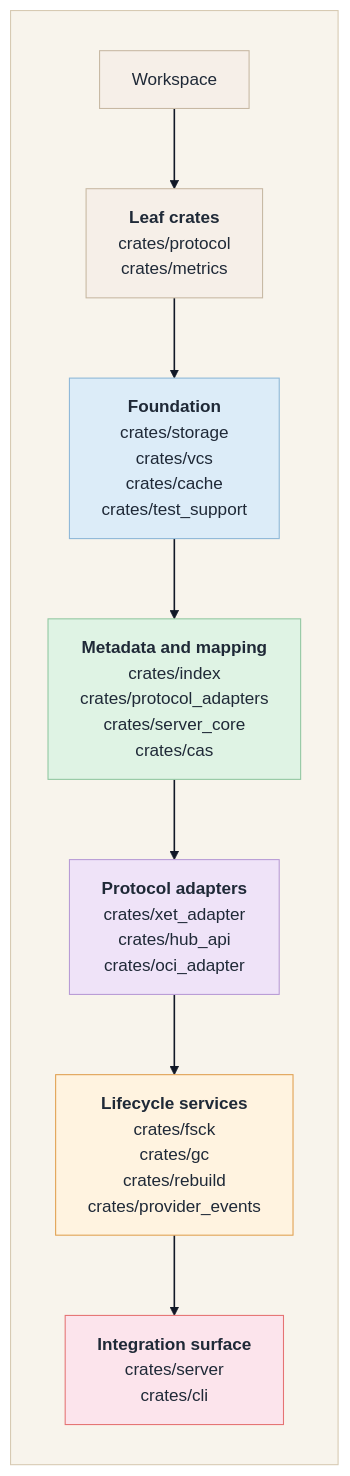
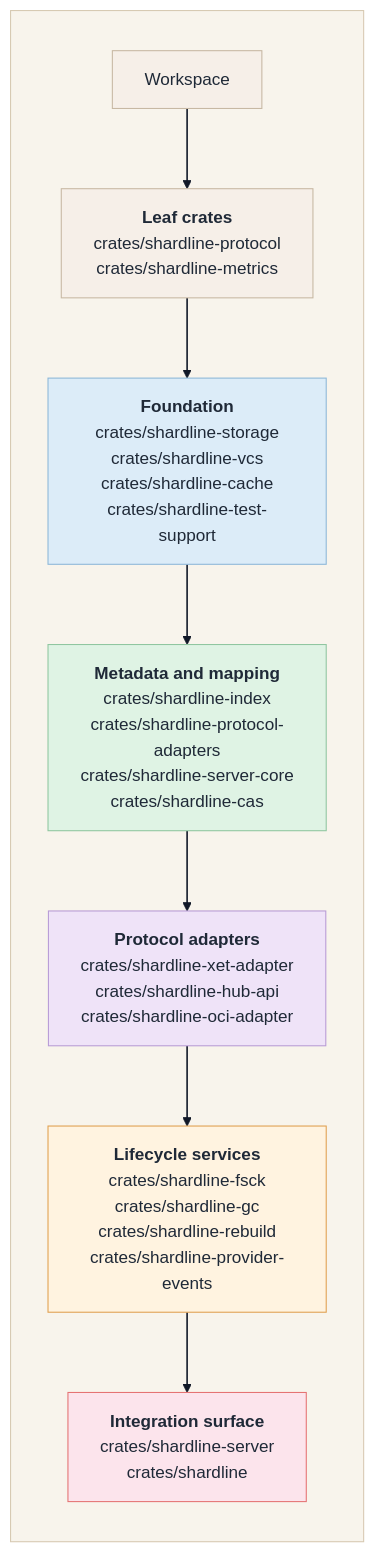
Before and after one commit to MigoXV/shardline: the fourth of 4 diagrams in docs/ARCHITECTURE.md, drawn with Mermaid. The commit also changed other lines of this file and 45 other files, not shown here.

````diff
--- a/docs/ARCHITECTURE.md
+++ b/docs/ARCHITECTURE.md
@@ -201,37 +210,37 @@
 ```mermaid
 flowchart TD
   subgraph Canvas[ ]
     direction TD
     Workspace[Workspace]
-    Leaf["<b>Leaf crates</b><br/>crates/protocol<br/>crates/metrics"]
-    Foundation["<b>Foundation</b><br/>crates/storage<br/>crates/vcs<br/>crates/cache<br/>crates/test_support"]
-    Middle["<b>Metadata and mapping</b><br/>crates/index<br/>crates/protocol_adapters<br/>crates/server_core<br/>crates/cas"]
-    Adapters["<b>Protocol adapters</b><br/>crates/xet_adapter<br/>crates/hub_api<br/>crates/oci_adapter"]
-    Lifecycle["<b>Lifecycle services</b><br/>crates/fsck<br/>crates/gc<br/>crates/rebuild<br/>crates/provider_events"]
-    Integration["<b>Integration surface</b><br/>crates/server<br/>crates/cli"]
+    Leaf["<b>Leaf crates</b><br/>crates/shardline-protocol<br/>crates/shardline-metrics"]
+    Foundation["<b>Foundation</b><br/>crates/shardline-storage<br/>crates/shardline-vcs<br/>crates/shardline-cache<br/>crates/shardline-test-support"]
+    Middle["<b>Metadata and mapping</b><br/>crates/shardline-index<br/>crates/shardline-protocol-adapters<br/>crates/shardline-server-core<br/>crates/shardline-cas"]
+    Adapters["<b>Protocol adapters</b><br/>crates/shardline-xet-adapter<br/>crates/shardline-hub-api<br/>crates/shardline-oci-adapter"]
+    Lifecycle["<b>Lifecycle services</b><br/>crates/shardline-fsck<br/>crates/shardline-gc<br/>crates/shardline-rebuild<br/>crates/shardline-provider-events"]
+    Integration["<b>Integration surface</b><br/>crates/shardline-server<br/>crates/shardline"]
   end
 
   Workspace --> Leaf
   Leaf --> Foundation
   Foundation --> Middle
   Middle --> Adapters
   Adapters --> Lifecycle
   Lifecycle --> Integration
 
   classDef root fill:#f6efe8,stroke:#c7b8a3,color:#1f2937;
   classDef leaf fill:#f6efe8,stroke:#c7b8a3,color:#1f2937;
   classDef foundation fill:#dcecf8,stroke:#8db7d8,color:#1f2937;
   classDef middle fill:#dff3e4,stroke:#90c6a0,color:#1f2937;
   classDef adapter fill:#efe3f8,stroke:#b89bd6,color:#1f2937;
   classDef lifecycle fill:#fff3e0,stroke:#e0a050,color:#1f2937;
   classDef integration fill:#fce4ec,stroke:#e57373,color:#1f2937;
   style Canvas fill:#f8f4ec,stroke:#d7c9b2,color:#1f2937;
   class Workspace root;
   class Leaf leaf;
   class Foundation foundation;
   class Middle middle;
   class Adapters adapter;
   class Lifecycle lifecycle;
   class Integration integration;
   linkStyle default stroke:#111827,stroke-width:1.5px;
 ```
````
